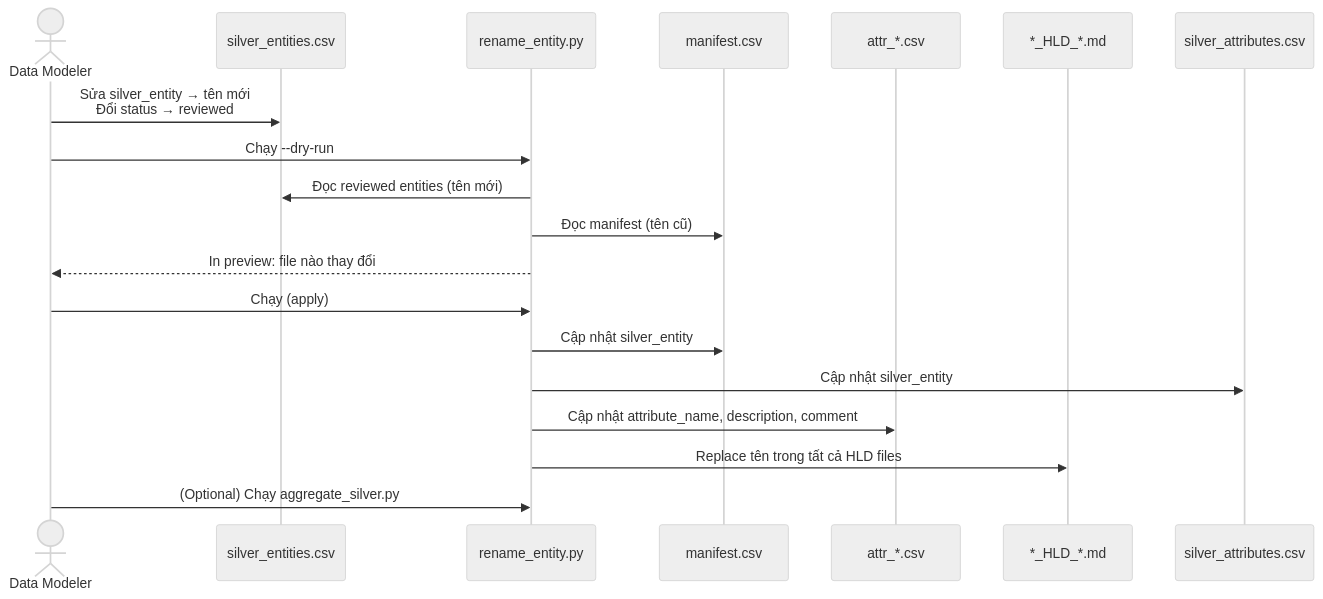
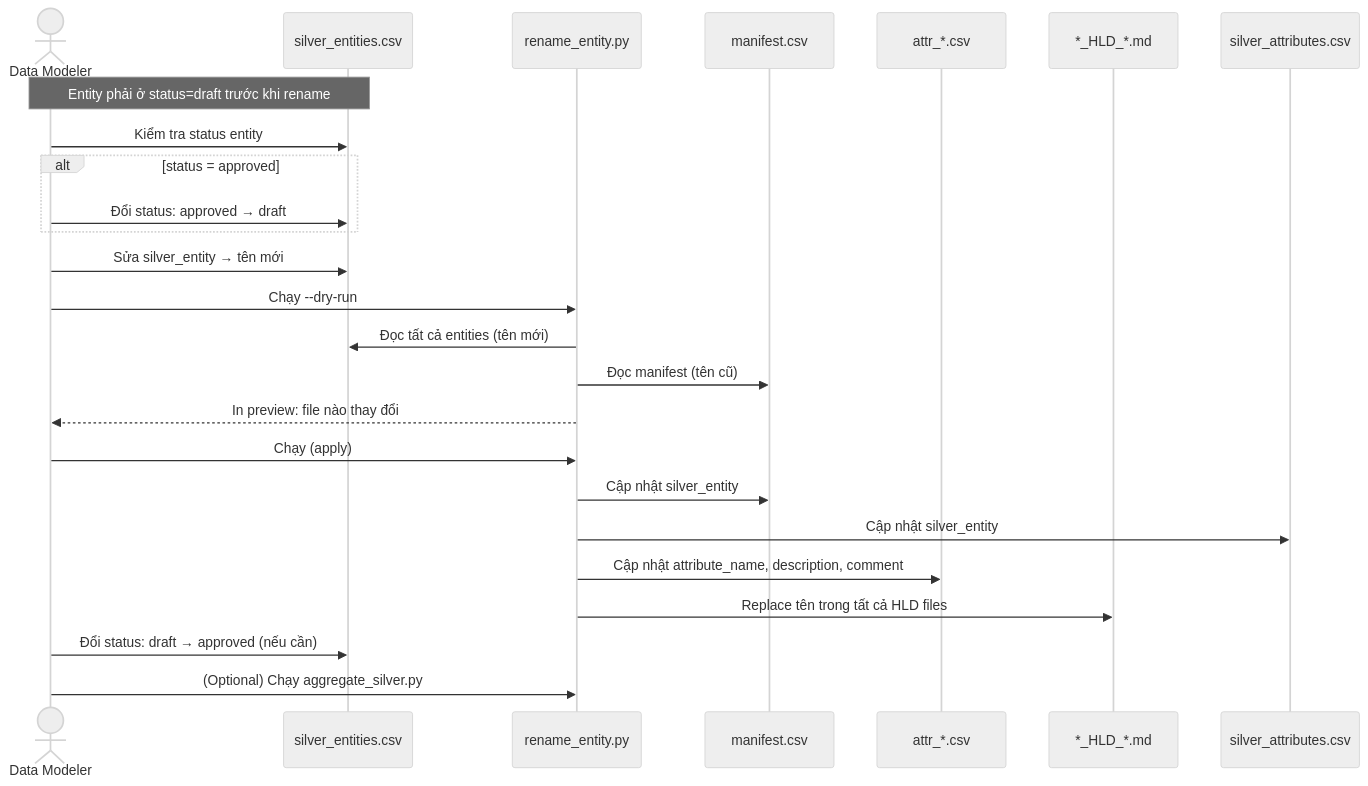
The second of 3 diagrams in README.md (linhlvit/ubck_atomic_design), drawn with Mermaid (neutral theme) before and after one commit. The commit also changed other lines of this file and 14 other files, not shown here.

````diff
--- a/README.md
+++ b/README.md
@@ -91,22 +93,28 @@
 ```mermaid
 sequenceDiagram
     actor DM as Data Modeler
     participant SE as silver_entities.csv
     participant RN as rename_entity.py
     participant MF as manifest.csv
     participant LLD as attr_*.csv
     participant HLD as *_HLD_*.md
     participant OUT as silver_attributes.csv
 
-    DM->>SE: Sửa silver_entity → tên mới<br/>Đổi status → reviewed
+    Note over DM,SE: Entity phải ở status=draft trước khi rename
+    DM->>SE: Kiểm tra status entity
+    alt status = approved
+        DM->>SE: Đổi status: approved → draft
+    end
+    DM->>SE: Sửa silver_entity → tên mới
     DM->>RN: Chạy --dry-run
-    RN->>SE: Đọc reviewed entities (tên mới)
+    RN->>SE: Đọc tất cả entities (tên mới)
     RN->>MF: Đọc manifest (tên cũ)
     RN-->>DM: In preview: file nào thay đổi
     DM->>RN: Chạy (apply)
     RN->>MF: Cập nhật silver_entity
     RN->>OUT: Cập nhật silver_entity
     RN->>LLD: Cập nhật attribute_name, description, comment
     RN->>HLD: Replace tên trong tất cả HLD files
+    DM->>SE: Đổi status: draft → approved (nếu cần)
     DM->>RN: (Optional) Chạy aggregate_silver.py
 ```
````
